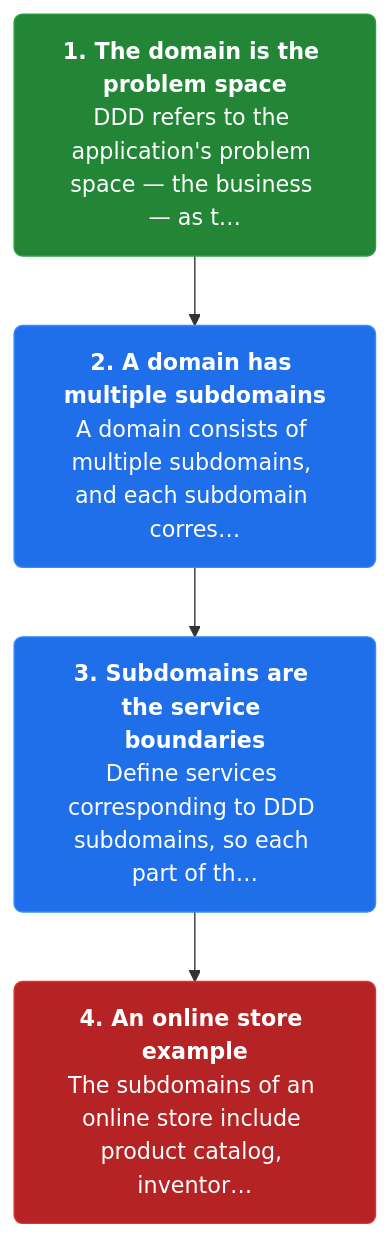
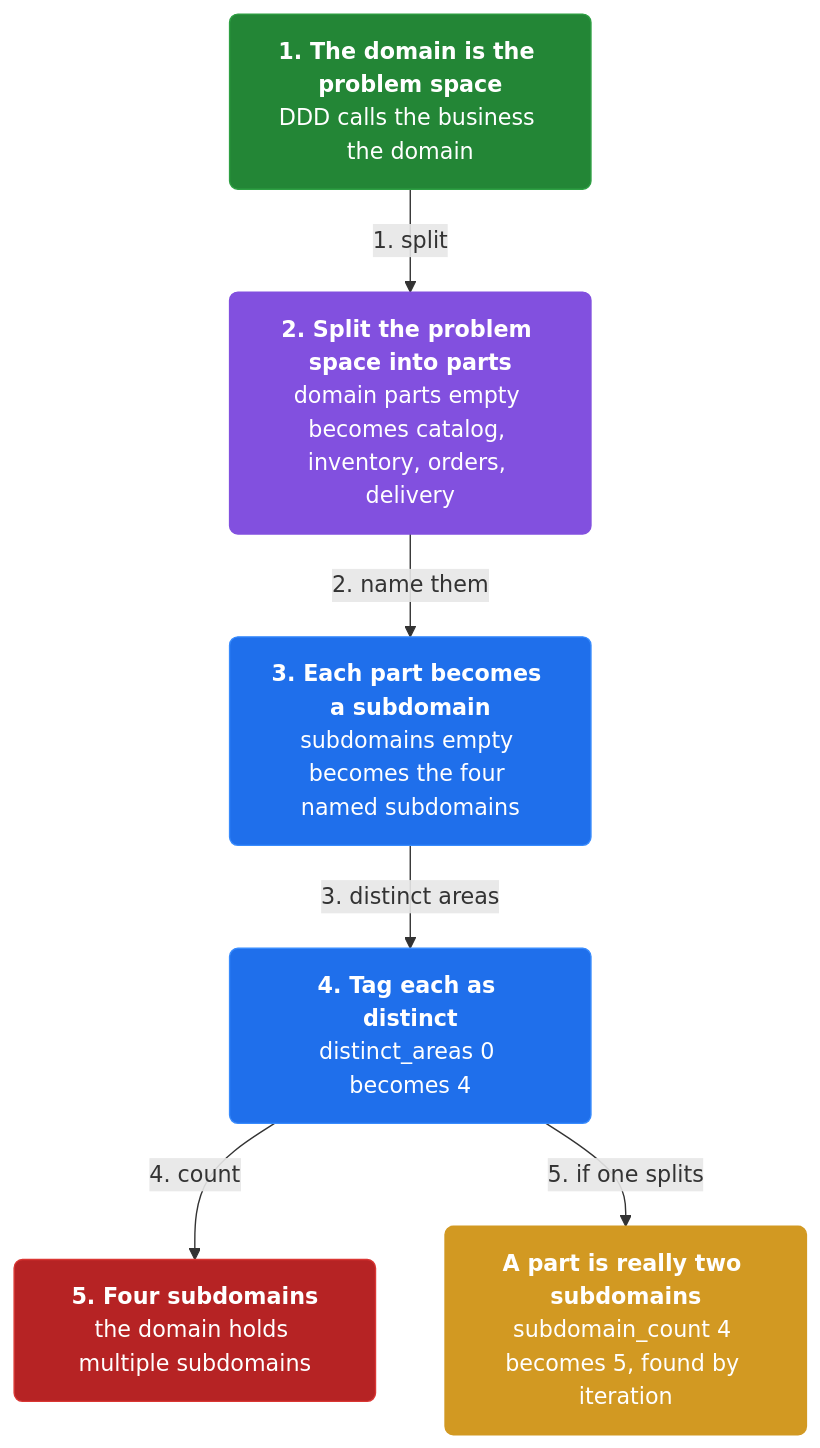
One commit to vinayakuber/microservices-io-study-guide changed the first of 4 diagrams in docs/ch04-decompose-by-subdomain.md. Above: the diagram before and after it, drawn with Mermaid. The commit also changed other lines of this file and 46 other files, not shown here.

First line of the commit message:
Author rich branching flow diagrams for all 44 chapters

````diff
--- a/docs/ch04-decompose-by-subdomain.md
+++ b/docs/ch04-decompose-by-subdomain.md
@@ -13,13 +13,19 @@
 ```mermaid
 flowchart TD
-  classDef step fill:#1f6feb,color:#ffffff,stroke:#388bfd,stroke-width:1px,rx:6
+  classDef step fill:#1f6feb,color:#ffffff,stroke:#388bfd,rx:6
+  classDef core fill:#8250df,color:#ffffff,stroke:#8250df,rx:6
+  classDef warn fill:#d29922,color:#ffffff,stroke:#d29922,rx:6
   classDef start fill:#238636,color:#ffffff,stroke:#2ea043,rx:6
   classDef stop fill:#b62324,color:#ffffff,stroke:#da3633,rx:6
-  s0n0["<b>1. The domain is the problem space</b><br/>DDD refers to the application's problem space — the business — as t…"]:::start
-  s0n1["<b>2. A domain has multiple subdomains</b><br/>A domain consists of multiple subdomains, and each subdomain corres…"]:::step
-  s0n2["<b>3. Subdomains are the service boundaries</b><br/>Define services corresponding to DDD subdomains, so each part of th…"]:::step
-  s0n3["<b>4. An online store example</b><br/>The subdomains of an online store include product catalog, inventor…"]:::stop
-  s0n0 --> s0n1
-  s0n1 --> s0n2
-  s0n2 --> s0n3
+  n0["<b>1. The domain is the problem space</b><br/>DDD calls the business the domain"]:::start
+  n1["<b>2. Split the problem space into parts</b><br/>domain parts empty becomes catalog, inventory, orders, delivery"]:::core
+  n2["<b>3. Each part becomes a subdomain</b><br/>subdomains empty becomes the four named subdomains"]:::step
+  n3["<b>4. Tag each as distinct</b><br/>distinct_areas 0 becomes 4"]:::step
+  n4["<b>5. Four subdomains</b><br/>the domain holds multiple subdomains"]:::stop
+  n5["<b>A part is really two subdomains</b><br/>subdomain_count 4 becomes 5, found by iteration"]:::warn
+  n0 -->|"1. split"| n1
+  n1 -->|"2. name them"| n2
+  n2 -->|"3. distinct areas"| n3
+  n3 -->|"4. count"| n4
+  n3 -->|"5. if one splits"| n5
 ```
````
